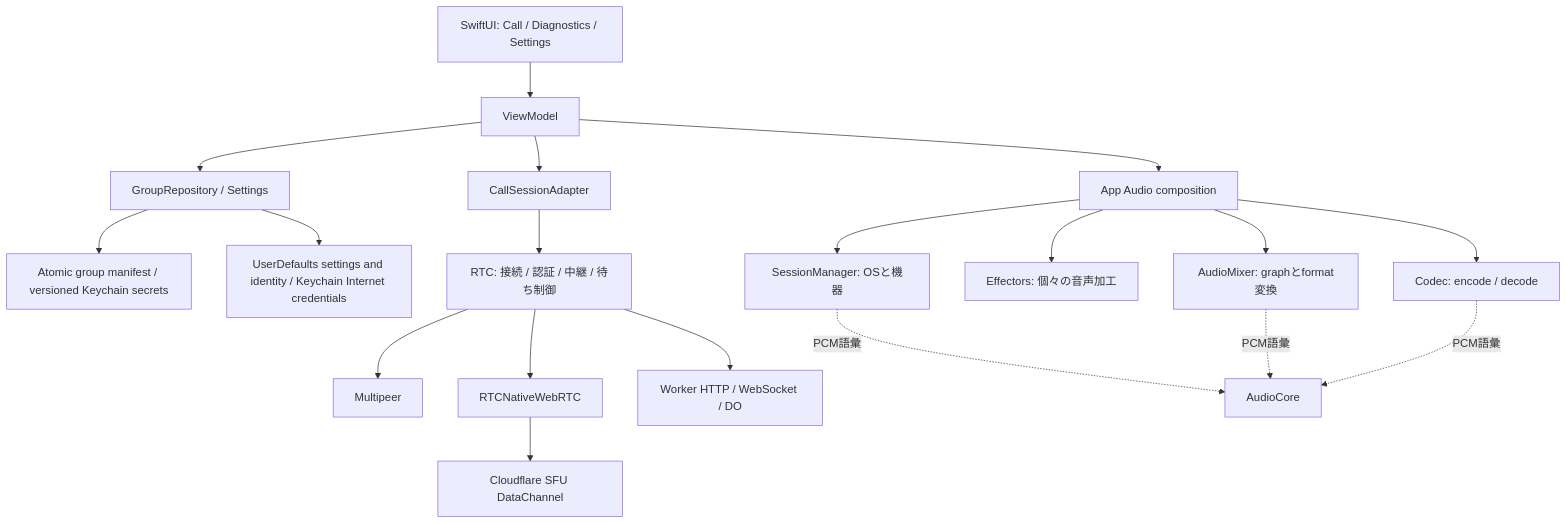
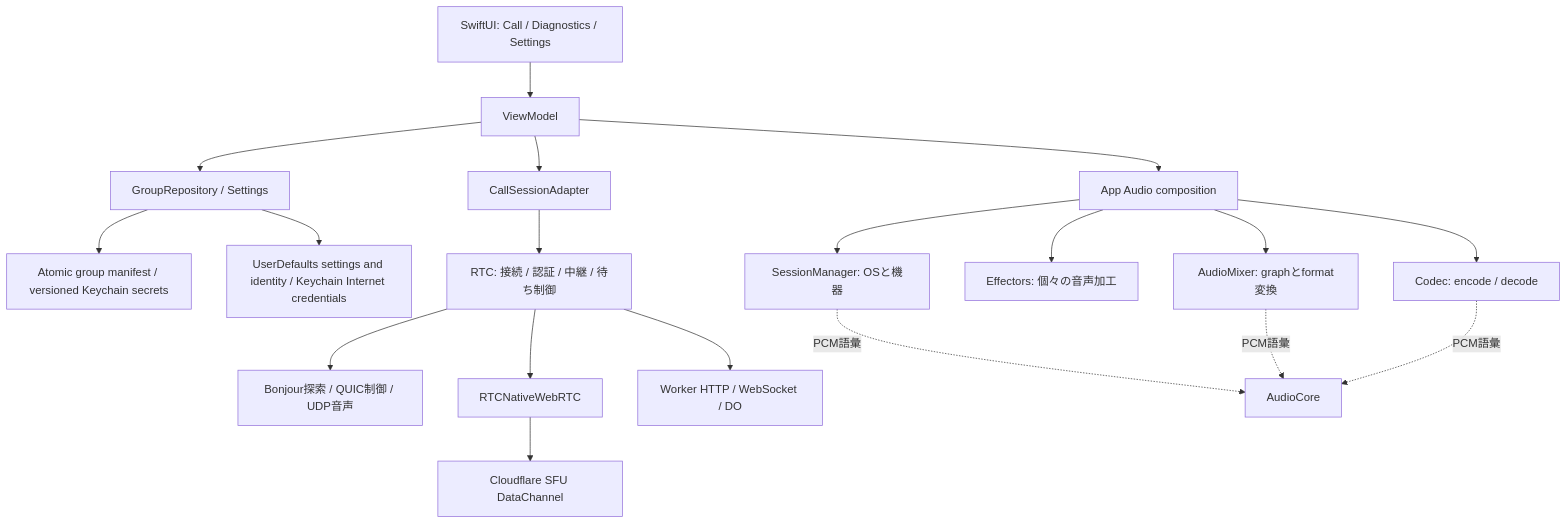
The first of 2 diagrams in docs/spec/アーキテクチャ.md (eroccowaruico/RideCom), drawn with Mermaid before and after one commit. The commit also changed 24 other files, not shown here.

````diff
--- a/docs/spec/アーキテクチャ.md
+++ b/docs/spec/アーキテクチャ.md
@@ -21,21 +21,21 @@
 ```mermaid
 flowchart TD
     UI[SwiftUI: Call / Diagnostics / Settings] --> VM[ViewModel]
     VM --> State[GroupRepository / Settings]
     State --> Manifest[Atomic group manifest / versioned Keychain secrets]
     State --> Settings[UserDefaults settings and identity / Keychain Internet credentials]
     VM --> Audio[App Audio composition]
     VM --> Transport[CallSessionAdapter]
     Audio --> Session[SessionManager: OSと機器]
     Audio --> Mixer[AudioMixer: graphとformat変換]
     Audio --> FX[Effectors: 個々の音声加工]
     Audio --> Codec[Codec: encode / decode]
     Transport --> RTC[RTC: 接続 / 認証 / 中継 / 待ち制御]
-    RTC --> Local[Multipeer]
+    RTC --> Local[Bonjour探索 / QUIC制御 / UDP音声]
     RTC --> Native[RTCNativeWebRTC]
     Native --> SFU[Cloudflare SFU DataChannel]
     RTC --> Worker[Worker HTTP / WebSocket / DO]
     Session -. PCM語彙 .-> Core[AudioCore]
     Mixer -. PCM語彙 .-> Core
     Codec -. PCM語彙 .-> Core
 ```
````
